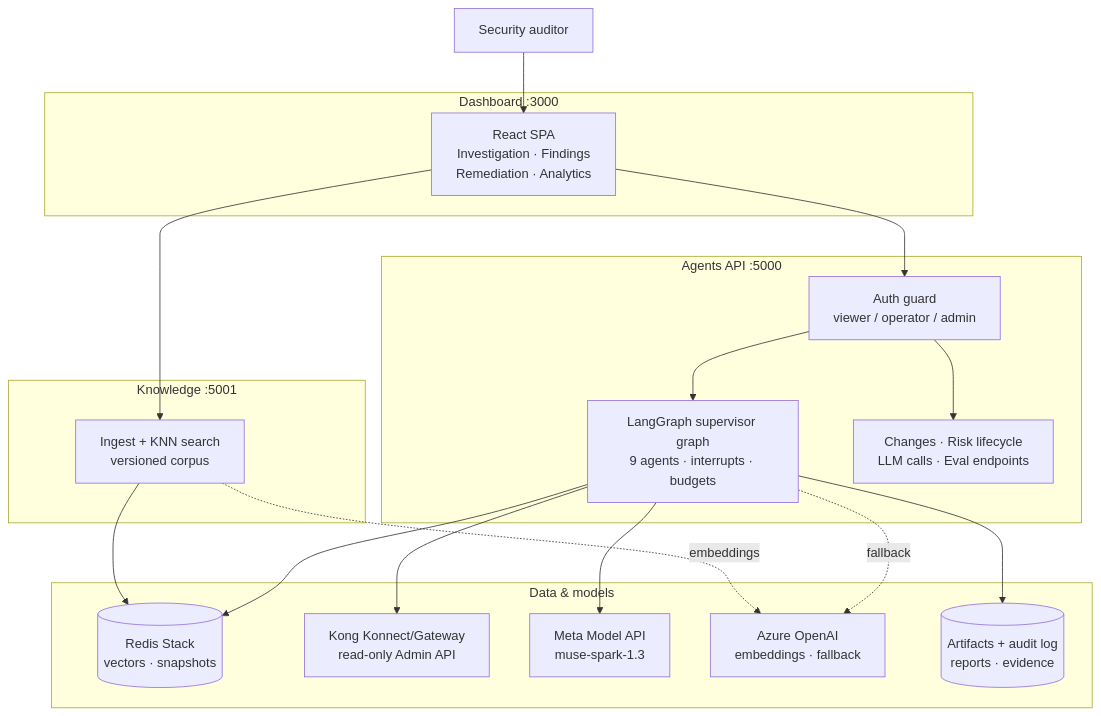
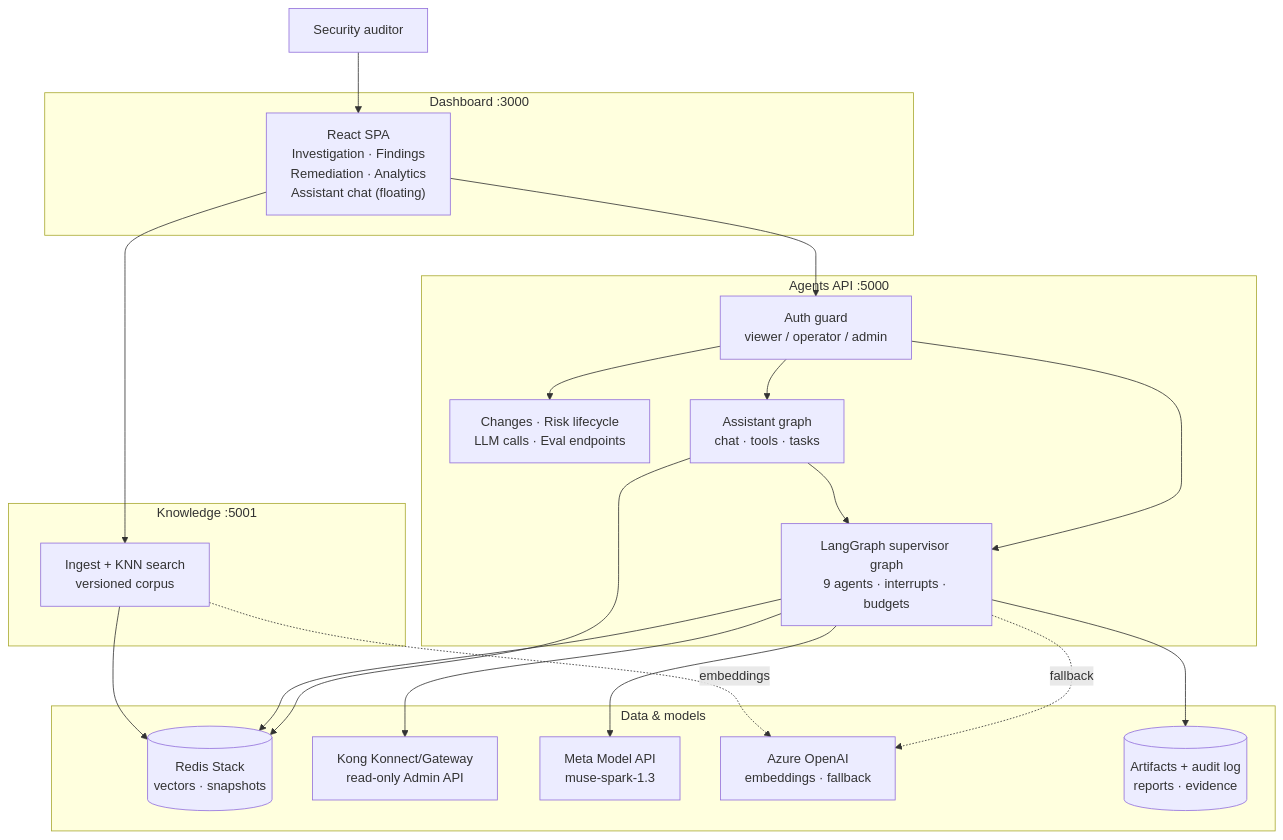
The diagram in docs/architecture.md (SachinGhumbre/enterprise-api-security-auditor-agents), drawn with Mermaid before and after one commit. The commit also changed other lines of this file and 62 other files, not shown here.

````diff
--- a/docs/architecture.md
+++ b/docs/architecture.md
@@ -7,39 +7,43 @@
 ```mermaid
 flowchart TB
     USER["Security auditor"]
 
     subgraph UI["Dashboard :3000"]
-        PORTAL["React SPA<br/>Investigation · Findings<br/>Remediation · Analytics"]
+        PORTAL["React SPA<br/>Investigation · Findings<br/>Remediation · Analytics<br/>Assistant chat (floating)"]
     end
 
     subgraph API["Agents API :5000"]
         GW["Auth guard<br/>viewer / operator / admin"]
         GRAPH["LangGraph supervisor graph<br/>9 agents · interrupts · budgets"]
         AUX["Changes · Risk lifecycle<br/>LLM calls · Eval endpoints"]
+        AST["Assistant graph<br/>chat · tools · tasks"]
     end
 
     subgraph RAG["Knowledge :5001"]
         ING["Ingest + KNN search<br/>versioned corpus"]
     end
 
     subgraph DATA["Data & models"]
         RS[("Redis Stack<br/>vectors · snapshots")]
         KONG["Kong Konnect/Gateway<br/>read-only Admin API"]
         META["Meta Model API<br/>muse-spark-1.3"]
         AZ["Azure OpenAI<br/>embeddings · fallback"]
         ART[("Artifacts + audit log<br/>reports · evidence")]
     end
 
     USER --> PORTAL
     PORTAL --> GW
     GW --> GRAPH
     GW --> AUX
+    GW --> AST
+    AST --> GRAPH
+    AST --> RS
     PORTAL --> ING
     GRAPH --> RS
     GRAPH --> KONG
     GRAPH --> META
     GRAPH -. fallback .-> AZ
     GRAPH --> ART
     ING --> RS
     ING -. embeddings .-> AZ
 ```
````
